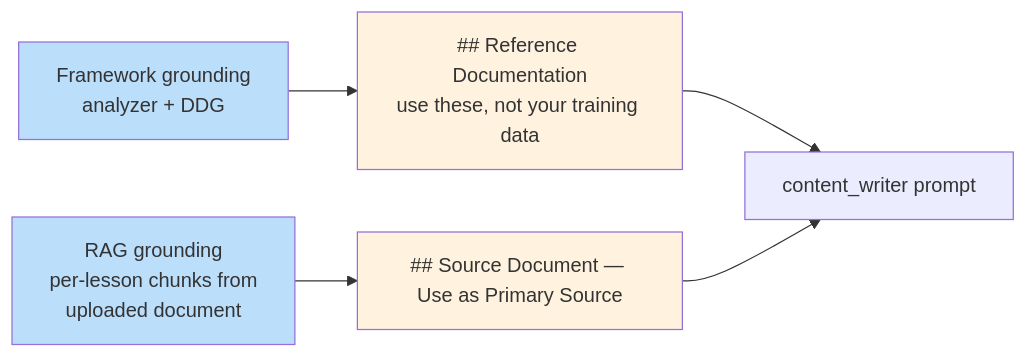
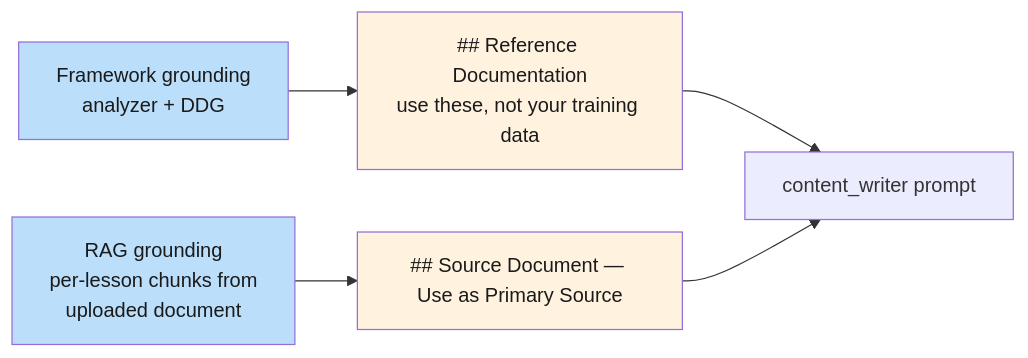
The second of 5 diagrams in diagrams/flows/lesson-content-technical.md (Dockdep/LessonHub), drawn with Mermaid before and after one commit. The commit also changed other lines of this file and 26 other files, not shown here.

````diff
--- a/diagrams/flows/lesson-content-technical.md
+++ b/diagrams/flows/lesson-content-technical.md
@@ -63,14 +63,14 @@
 ```mermaid
 flowchart LR
-  classDef src fill:#bbdefb
-  classDef block fill:#fff3e0
+  classDef src fill:#bbdefb,color:#1a1a1a
+  classDef block fill:#fff3e0,color:#1a1a1a
 
   framework[Framework grounding<br/>analyzer + DDG]:::src
   rag[RAG grounding<br/>per-lesson chunks from<br/>uploaded document]:::src
 
   framework --> docs_block["## Reference Documentation<br/>use these, not your training data"]:::block
   rag --> doc_ctx[## Source Document — Use as Primary Source]:::block
 
   docs_block --> writer_prompt[content_writer prompt]
   doc_ctx --> writer_prompt
 ```
````
